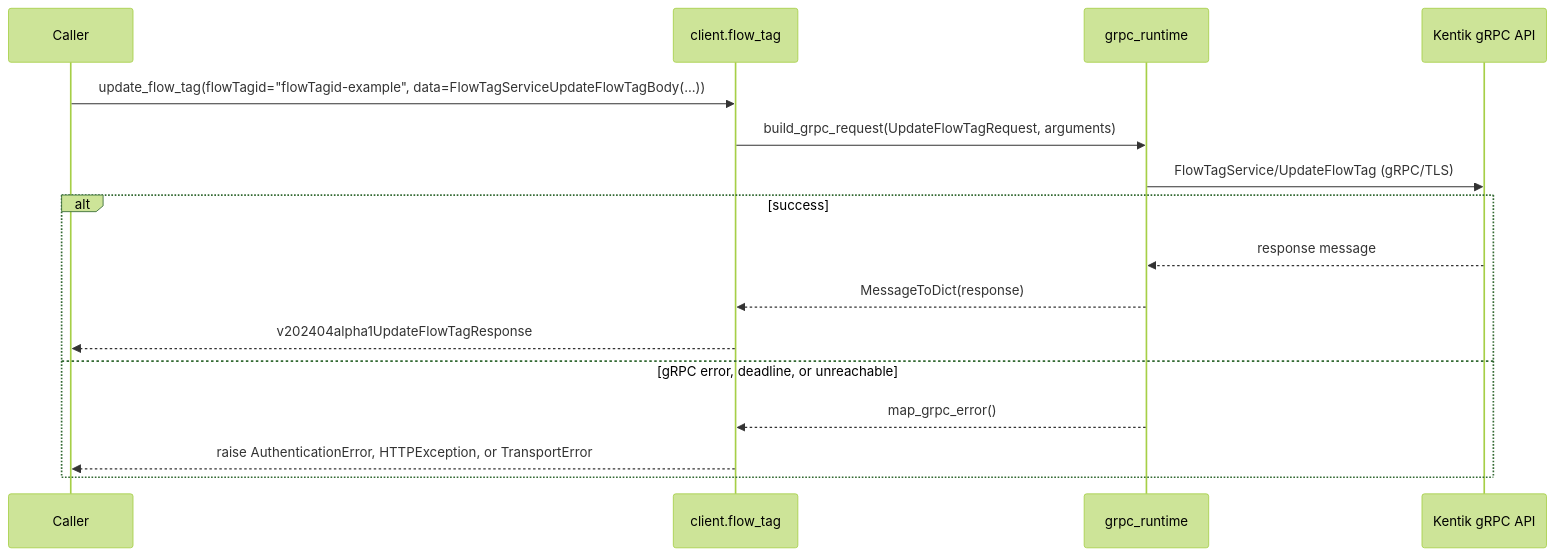
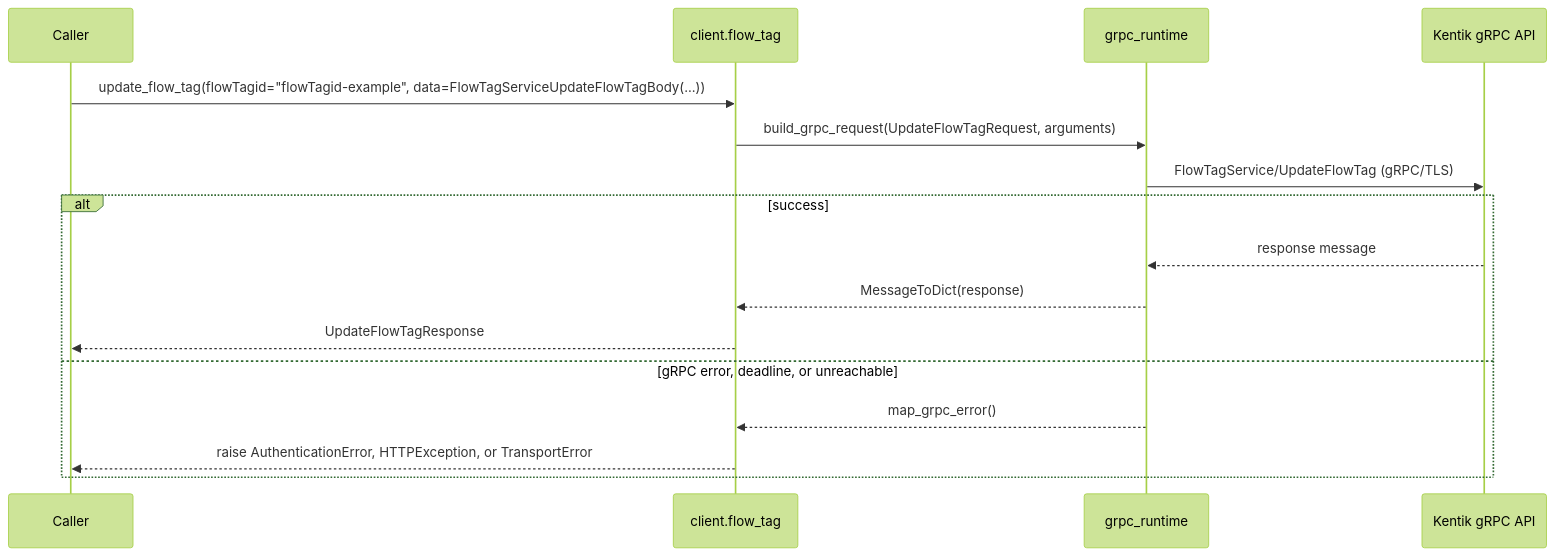
Before and after one commit to alexdearaujo/community_sdk_python: the ninth of 12 diagrams in docs/sphinx/services/flow_tag.md, drawn with Mermaid (forest theme). The commit also changed other lines of this file and 38 other files, not shown here.

````diff
--- a/docs/sphinx/services/flow_tag.md
+++ b/docs/sphinx/services/flow_tag.md
@@ -289,19 +289,19 @@
 ```mermaid
 sequenceDiagram
     participant C as Caller
     participant W as client.flow_tag
     participant R as grpc_runtime
     participant API as Kentik gRPC API
 
     C->>W: update_flow_tag(flowTagid="flowTagid-example", data=FlowTagServiceUpdateFlowTagBody(...))
     W->>R: build_grpc_request(UpdateFlowTagRequest, arguments)
     R->>API: FlowTagService/UpdateFlowTag (gRPC/TLS)
     alt success
         API-->>R: response message
         R-->>W: MessageToDict(response)
-        W-->>C: v202404alpha1UpdateFlowTagResponse
+        W-->>C: UpdateFlowTagResponse
     else gRPC error, deadline, or unreachable
         R-->>W: map_grpc_error()
         W-->>C: raise AuthenticationError, HTTPException, or TransportError
     end
 ```
````
